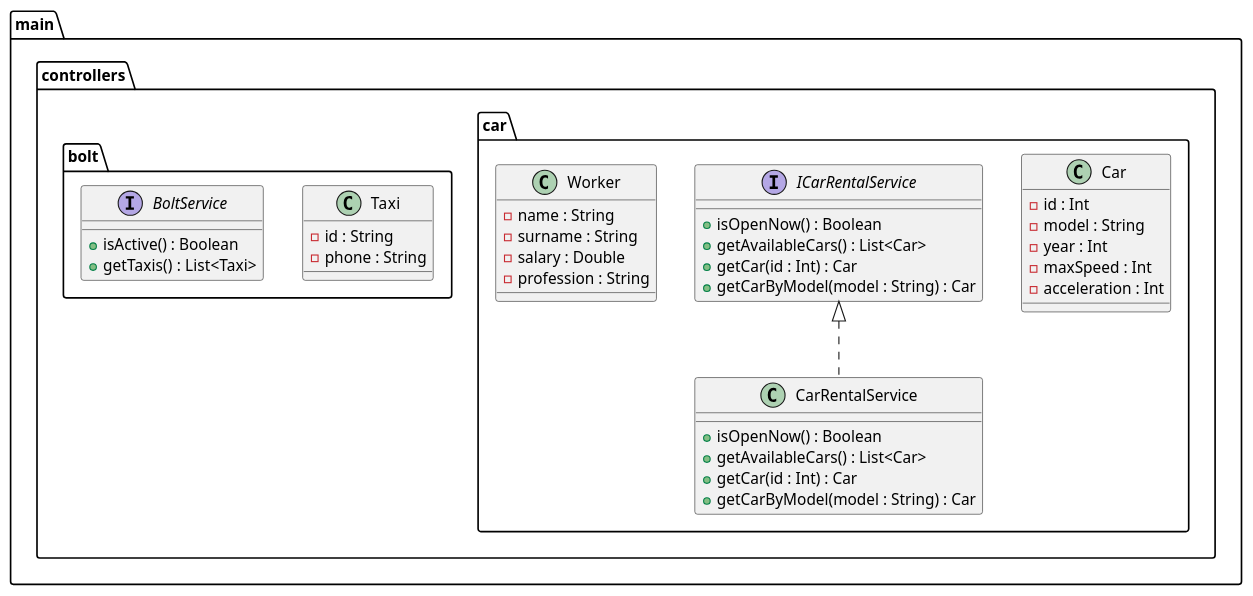
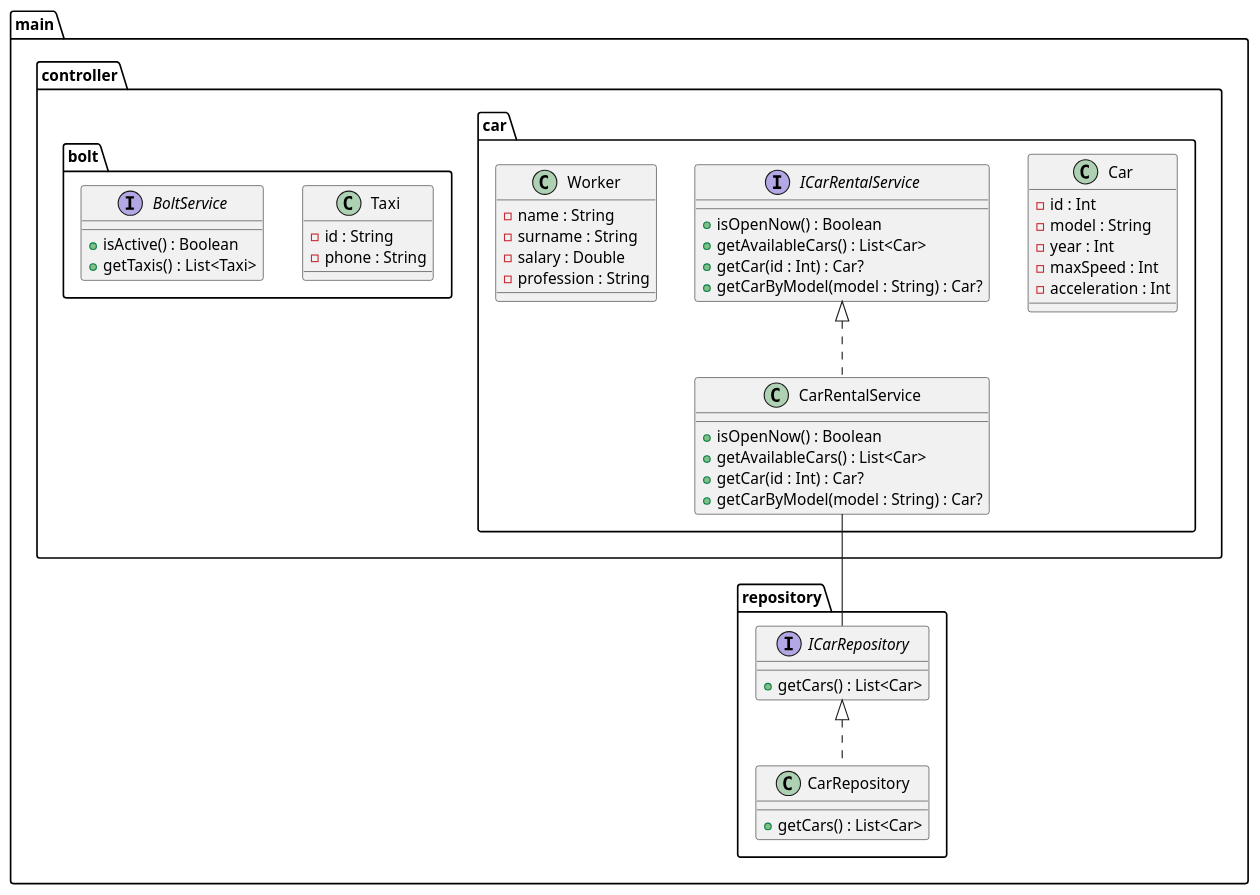
Before and after one commit to LLM-Automation-Docs/Auto-Docs: the diagram in docs/diagram.puml, drawn with PlantUML. The commit also changed 10 other files, not shown here.

```diff
--- a/docs/diagram.puml
+++ b/docs/diagram.puml
@@ -2,40 +2,50 @@
 @startuml
-class main.controllers.car.Car {
+class main.controller.car.Car {
     -id : Int
     -model : String
     -year : Int
     -maxSpeed : Int
     -acceleration : Int
 }
 
-interface main.controllers.car.ICarRentalService {
+interface main.controller.car.ICarRentalService {
     +isOpenNow() : Boolean
     +getAvailableCars() : List<Car>
-    +getCar(id : Int) : Car
-    +getCarByModel(model : String) : Car
+    +getCar(id : Int) : Car?
+    +getCarByModel(model : String) : Car?
 }
 
-class main.controllers.car.CarRentalService implements main.controllers.car.ICarRentalService {
+class main.controller.car.CarRentalService implements main.controller.car.ICarRentalService {
     +isOpenNow() : Boolean
     +getAvailableCars() : List<Car>
-    +getCar(id : Int) : Car
-    +getCarByModel(model : String) : Car
+    +getCar(id : Int) : Car?
+    +getCarByModel(model : String) : Car?
 }
 
-class main.controllers.car.Worker {
+class main.controller.car.Worker {
     -name : String
     -surname : String
     -salary : Double
     -profession : String
 }
 
-class main.controllers.bolt.Taxi {
+class main.controller.bolt.Taxi {
     -id : String
     -phone : String
 }
 
-interface main.controllers.bolt.BoltService {
+interface main.controller.bolt.BoltService {
     +isActive() : Boolean
     +getTaxis() : List<Taxi>
 }
+
+interface main.repository.ICarRepository {
+    +getCars() : List<Car>
+}
+
+class main.repository.CarRepository implements main.repository.ICarRepository {
+    +getCars() : List<Car>
+}
+
+main.controller.car.CarRentalService -- main.repository.ICarRepository
 @enduml
```
